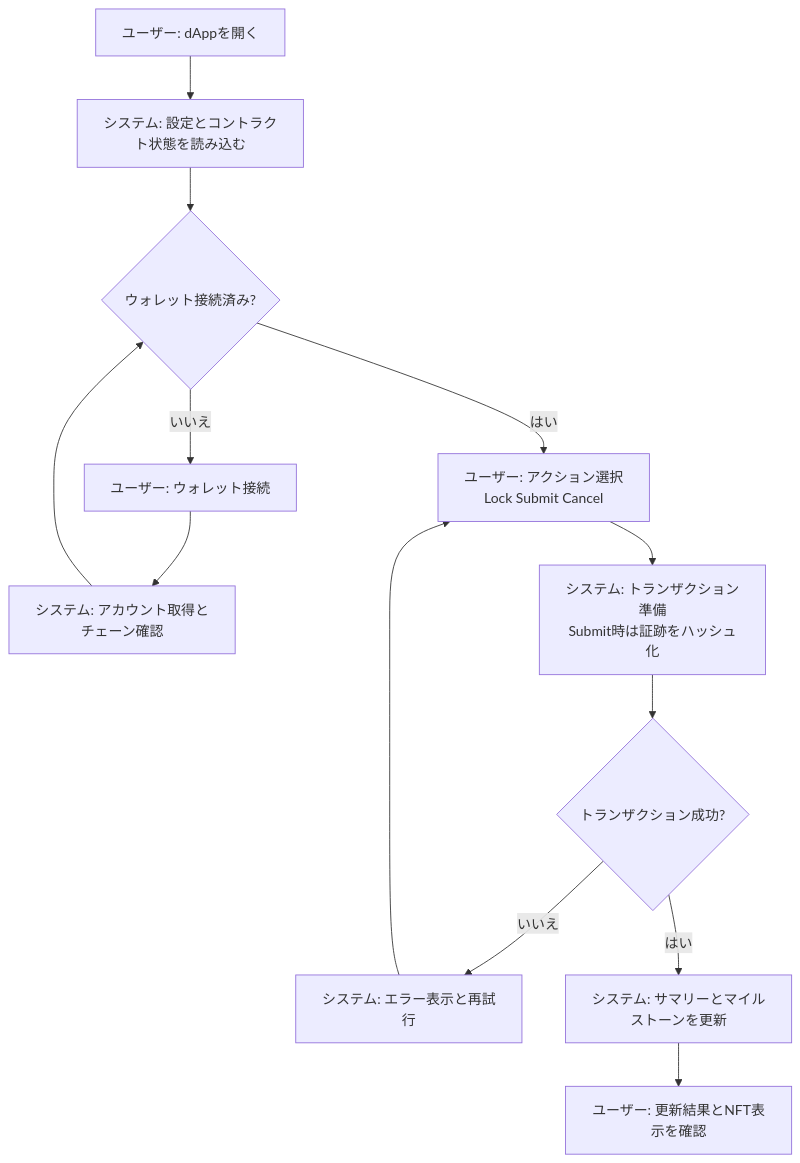
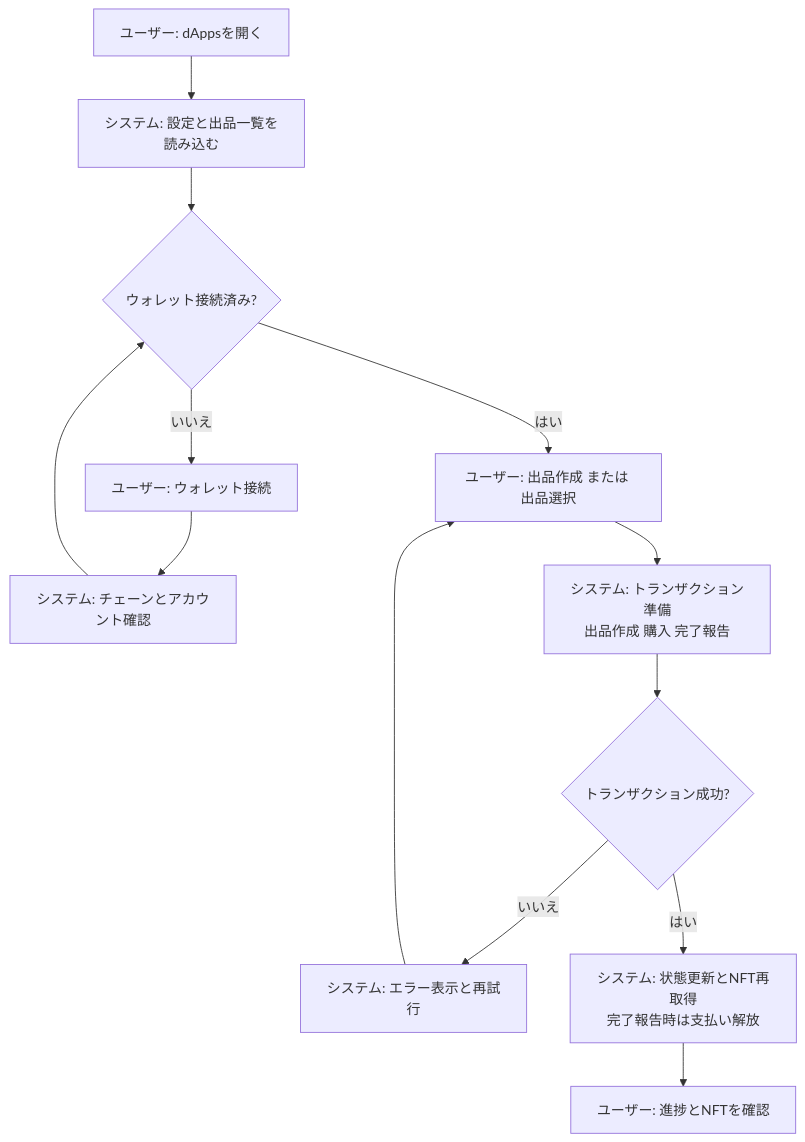
The first of 2 diagrams in README.md (usagi917/B2B_payment), drawn with Mermaid before and after one commit. The commit also changed other lines of this file and 1 other file, not shown here.

````diff
--- a/README.md
+++ b/README.md
@@ -83,15 +74,15 @@
 ```mermaid
 graph TD
-  A[ユーザー: dAppを開く] --> B[システム: 設定とコントラクト状態を読み込む]
+  A[ユーザー: dAppsを開く] --> B[システム: 設定と出品一覧を読み込む]
   B --> C{ウォレット接続済み?}
   C -->|いいえ| D[ユーザー: ウォレット接続]
-  D --> E[システム: アカウント取得とチェーン確認]
+  D --> E[システム: チェーンとアカウント確認]
   E --> C
-  C -->|はい| F[ユーザー: アクション選択<br/>Lock Submit Cancel]
-  F --> G[システム: トランザクション準備<br/>Submit時は証跡をハッシュ化]
+  C -->|はい| F[ユーザー: 出品作成 または 出品選択]
+  F --> G[システム: トランザクション準備<br/>出品作成 購入 完了報告]
   G --> H{トランザクション成功?}
   H -->|いいえ| I[システム: エラー表示と再試行]
   I --> F
-  H -->|はい| J[システム: サマリーとマイルストーンを更新]
-  J --> K[ユーザー: 更新結果とNFT表示を確認]
+  H -->|はい| J[システム: 状態更新とNFT再取得<br/>完了報告時は支払い解放]
+  J --> K[ユーザー: 進捗とNFTを確認]
 ```
````
